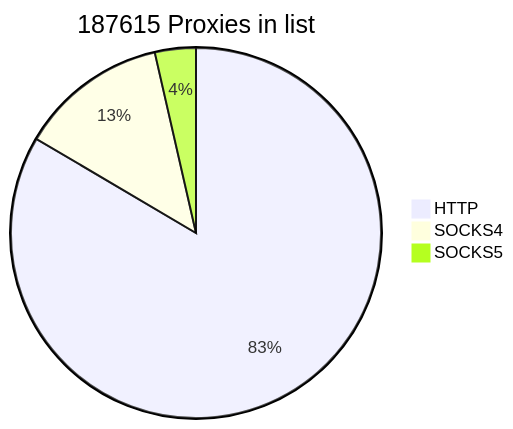
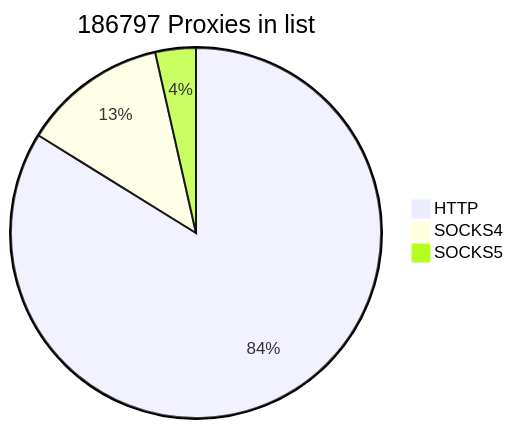
The first of 2 diagrams in README.md (cutipu/proxylist), drawn with Mermaid before and after one commit. The commit also changed other lines of this file, not shown here.

````diff
--- a/README.md
+++ b/README.md
@@ -2,7 +2,7 @@
 ```mermaid
-pie title 187615 Proxies in list
-    "HTTP" : 156622
-    "SOCKS4" : 24289
-    "SOCKS5" : 6704
+pie title 186797 Proxies in list
+    "HTTP" : 156597
+    "SOCKS4" : 23588
+    "SOCKS5" : 6612
             
 ```
````
